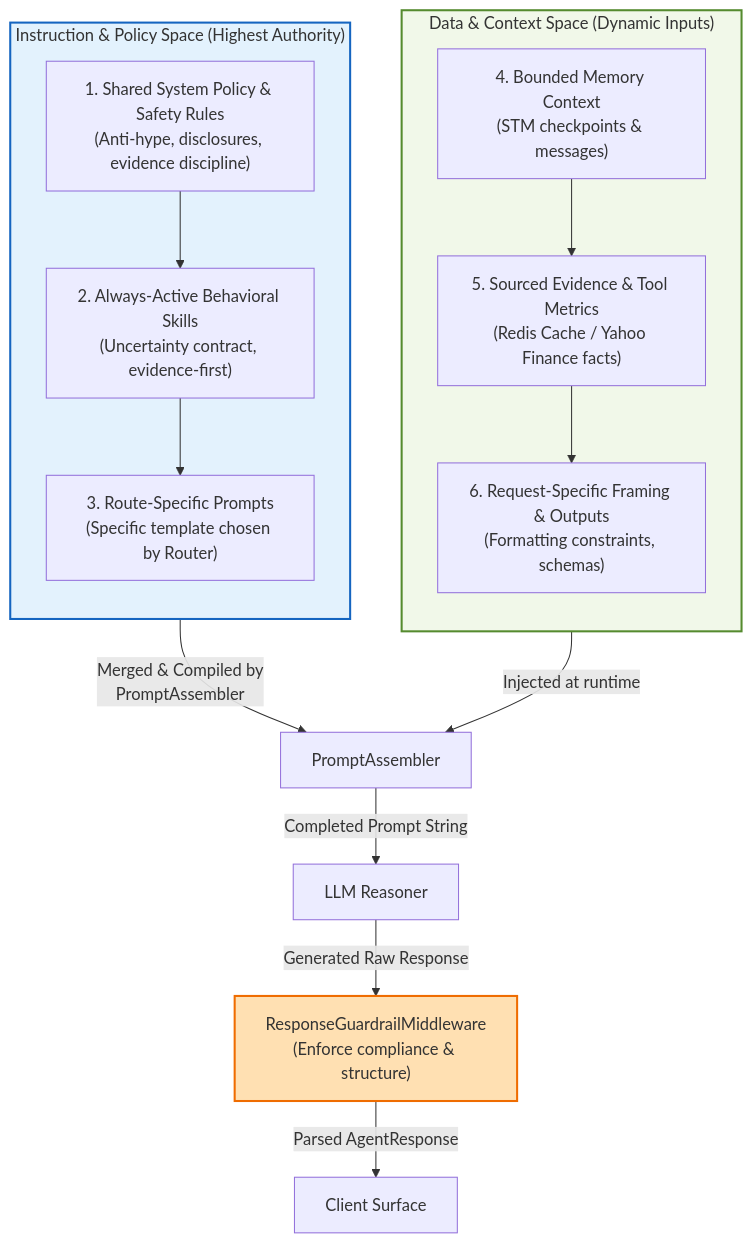
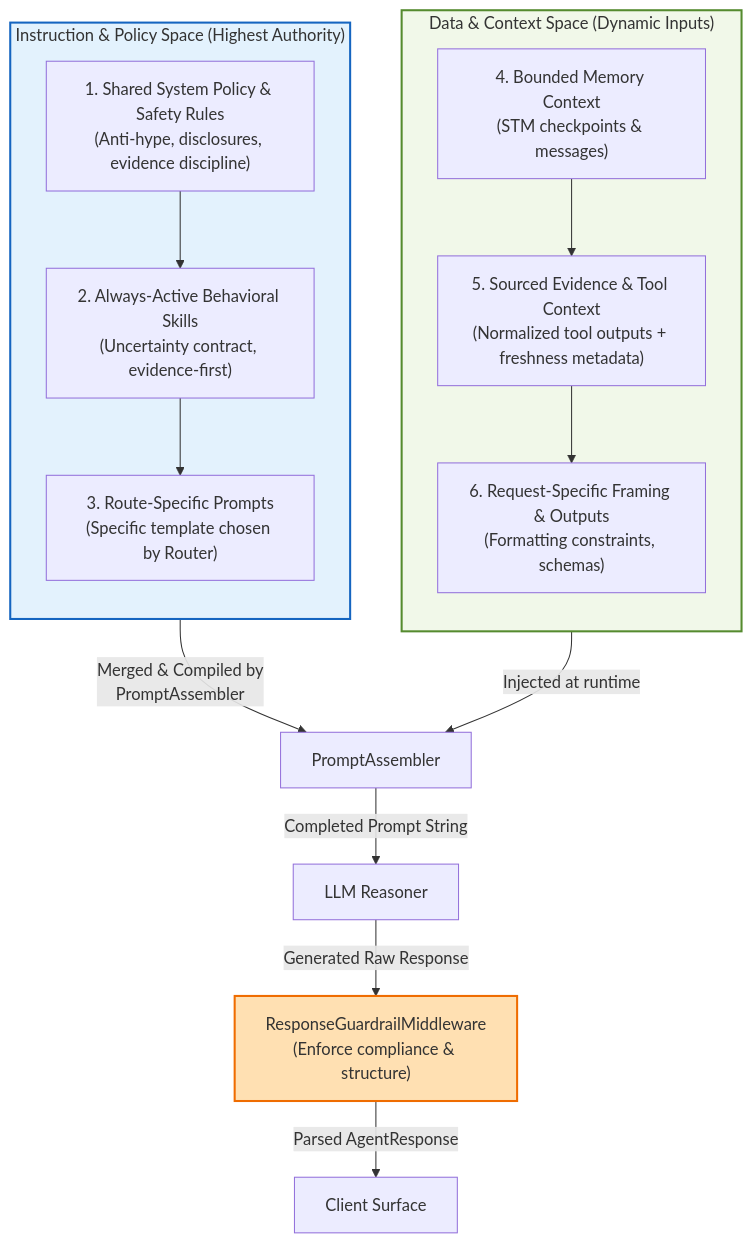
One commit to d-dragon/dp-stock-investment-assistant changed diagram 16 of 18 in docs/domains/agent/ARCHITECTURE_DESIGN.md. Above: the diagram before and after it, drawn with Mermaid. The commit also changed other lines of this file and 5 other files, not shown here.

First line of the commit message:
docs(agent): formalize the Phase 2B tool-system decision and propagate its architecture and traceability across the agent domain docs.

````diff
--- a/docs/domains/agent/ARCHITECTURE_DESIGN.md
+++ b/docs/domains/agent/ARCHITECTURE_DESIGN.md
@@ -1073,29 +1169,29 @@
 ```mermaid
 flowchart TD
     subgraph InstructionSpace["Instruction & Policy Space (Highest Authority)"]
         direction TB
         L1["1. Shared System Policy & Safety Rules\n(Anti-hype, disclosures, evidence discipline)"]
         L2["2. Always-Active Behavioral Skills\n(Uncertainty contract, evidence-first)"]
         L3["3. Route-Specific Prompts\n(Specific template chosen by Router)"]
         L1 --> L2 --> L3
     end
-    
+
     subgraph DataSpace["Data & Context Space (Dynamic Inputs)"]
         direction TB
         L4["4. Bounded Memory Context\n(STM checkpoints & messages)"]
-        L5["5. Sourced Evidence & Tool Metrics\n(Redis Cache / Yahoo Finance facts)"]
+        L5["5. Sourced Evidence & Tool Context\n(Normalized tool outputs + freshness metadata)"]
         L6["6. Request-Specific Framing & Outputs\n(Formatting constraints, schemas)"]
         L4 --> L5 --> L6
     end
-    
+
     InstructionSpace -->|"Merged & Compiled by\nPromptAssembler"| Assembler["PromptAssembler"]
     DataSpace -->|"Injected at runtime"| Assembler
-    
+
     Assembler -->|"Completed Prompt String"| LLM["LLM Reasoner"]
     LLM -->|"Generated Raw Response"| Guardrail["ResponseGuardrailMiddleware\n(Enforce compliance & structure)"]
     Guardrail -->|"Parsed AgentResponse"| Client["Client Surface"]
 
     style InstructionSpace fill:#e3f2fd,stroke:#1565c0,stroke-width:2px
     style DataSpace fill:#f1f8e9,stroke:#558b2f,stroke-width:2px
     style Guardrail fill:#ffe0b2,stroke:#ef6c00,stroke-width:2px
 ```
````
